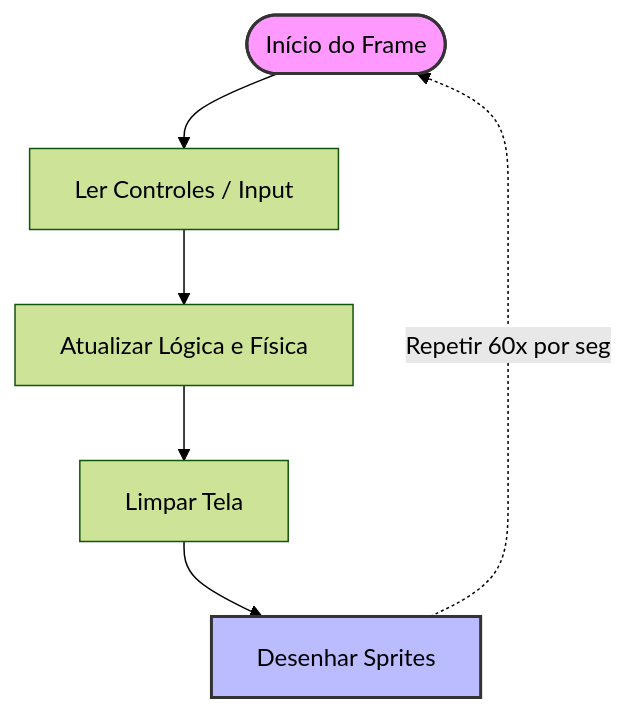
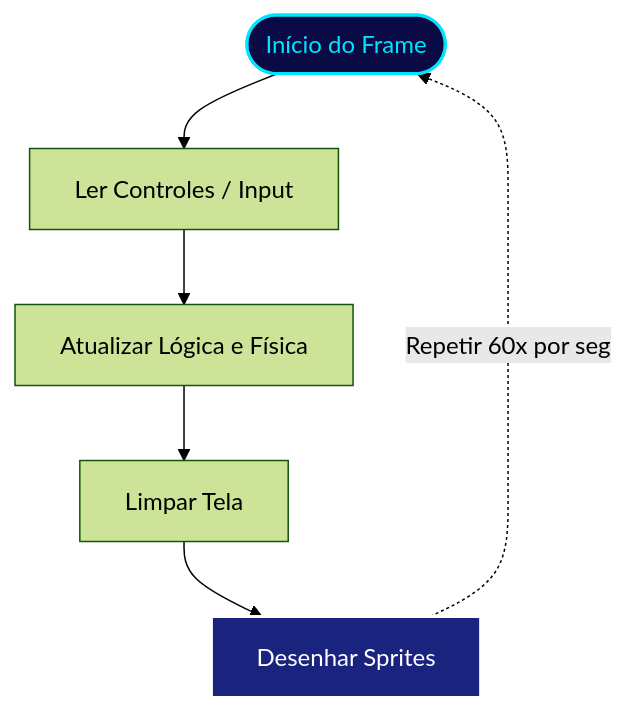
Before and after one commit to PedroQuimelo/Krone_PS2: the second of 2 diagrams in docs/fluxo_dados.md, drawn with Mermaid (forest theme).

````diff
--- a/docs/fluxo_dados.md
+++ b/docs/fluxo_dados.md
@@ -34,22 +34,22 @@
 ```mermaid
 graph TD
     %% Nós do diagrama
     Start([Início do Frame])
     Input[Ler Controles / Input]
     Logic[Atualizar Lógica e Física]
     Clear[Limpar Tela]
     Draw[Desenhar Sprites]
 
     %% Conexões
     Start --> Input
     Input --> Logic
     Logic --> Clear
     Clear --> Draw
     
     %% O Loop
     Draw -.->|Repetir 60x por seg| Start
 
-    %% Estilização (Opcional, deixa as caixas bonitas)
-    style Start fill:#f9f,stroke:#333,stroke-width:2px
-    style Draw fill:#bbf,stroke:#333,stroke-width:2px
+    %% --- SUBSTITA APENAS ESSAS DUAS LINHAS ---
+    style Start fill:#0a0a45,color:#00e5ff,stroke:#00e5ff,stroke-width:2px
+    style Draw fill:#1a237e,color:#ffffff,stroke:#ffffff,stroke-width:2px
 ```
````
